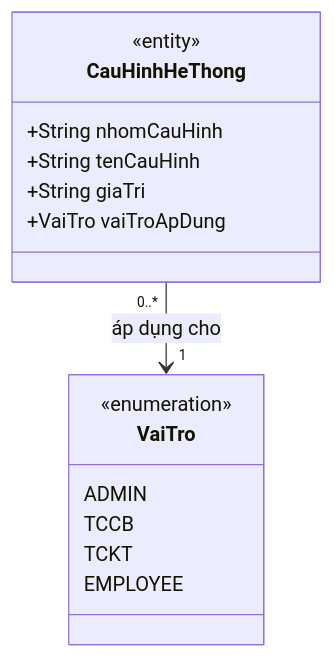
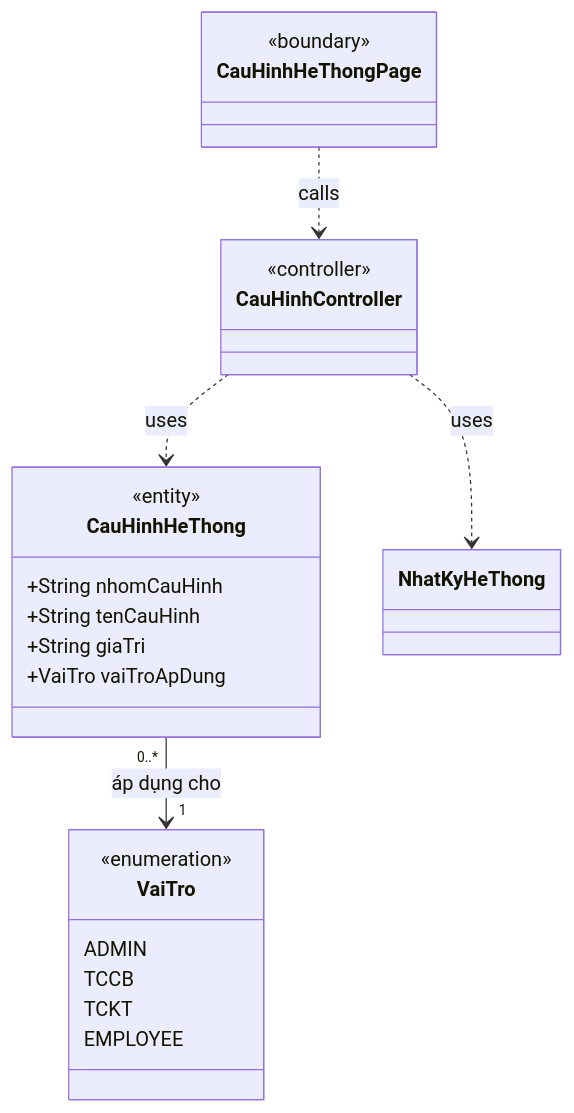
One commit to LoudlyDawn2108/ptycpm changed diagram 11 of 11 in system-spec/class-diagram.md. Above: the diagram before and after it, drawn with Mermaid. The commit also changed other lines of this file and 6 other files, not shown here.

````diff
--- a/system-spec/class-diagram.md
+++ b/system-spec/class-diagram.md
@@ -1569,20 +2521,32 @@
 ```mermaid
 classDiagram
     class CauHinhHeThong {
         <<entity>>
         +String nhomCauHinh
         +String tenCauHinh
         +String giaTri
         +VaiTro vaiTroApDung
     }
 
     class VaiTro {
         <<enumeration>>
         ADMIN
         TCCB
         TCKT
         EMPLOYEE
     }
 
+    class CauHinhHeThongPage {
+        <<boundary>>
+    }
+
+    class CauHinhController {
+        <<controller>>
+    }
+
     CauHinhHeThong "0..*" --> "1" VaiTro : áp dụng cho
+
+    CauHinhHeThongPage ..> CauHinhController : calls
+    CauHinhController ..> CauHinhHeThong : uses
+    CauHinhController ..> NhatKyHeThong : uses
 ```
````
